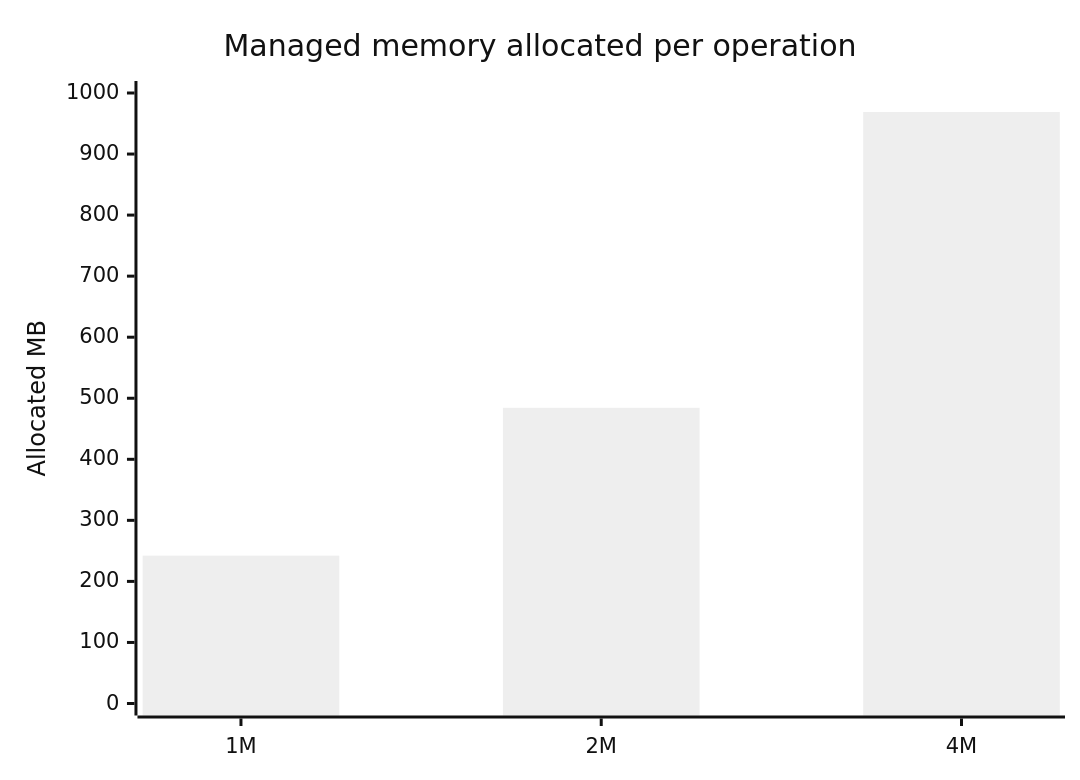
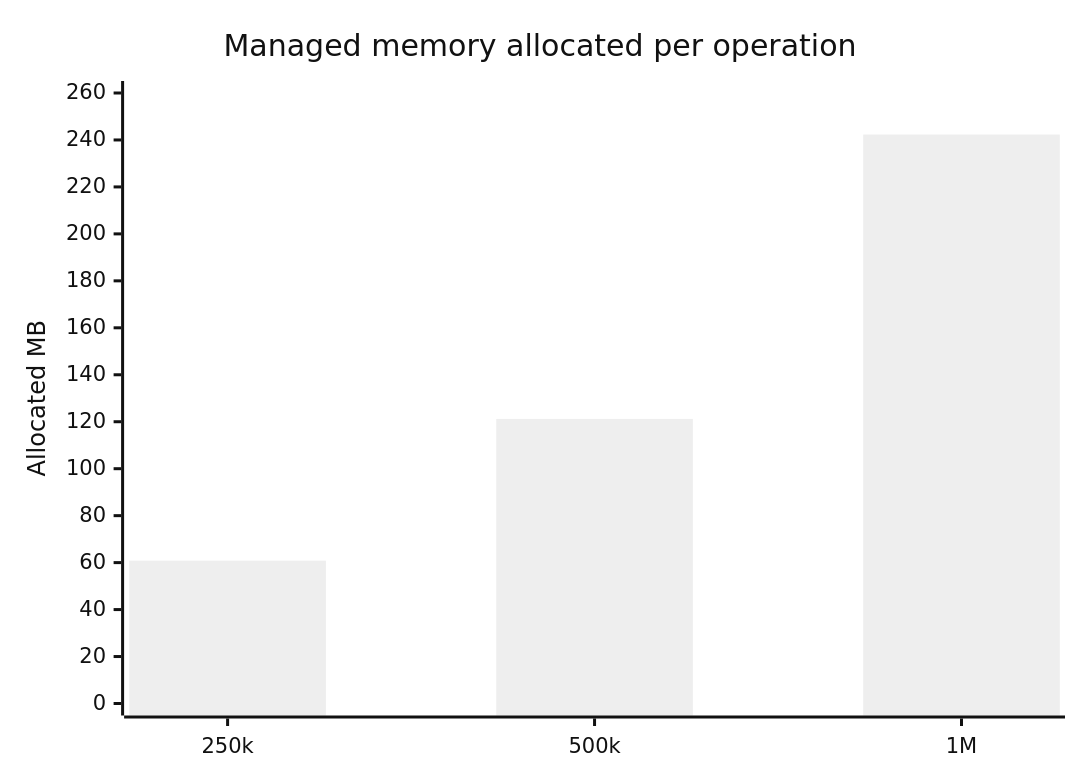
Before and after one commit to SolidArcSoftware/DataArc.EntityFrameworkCore: the fifth of 6 diagrams in README.md, drawn with Mermaid (neutral theme). The commit also changed other lines of this file, not shown here.

````diff
--- a/README.md
+++ b/README.md
@@ -416,7 +581,7 @@
 ```mermaid
 xychart-beta
     title "Managed memory allocated per operation"
-    x-axis ["1M", "2M", "4M"]
-    y-axis "Allocated MB" 0 --> 1000
-    bar [242.23, 484.37, 968.85]
+    x-axis ["250k", "500k", "1M"]
+    y-axis "Allocated MB" 0 --> 260
+    bar [60.83, 121.19, 242.31]
 ```
````
